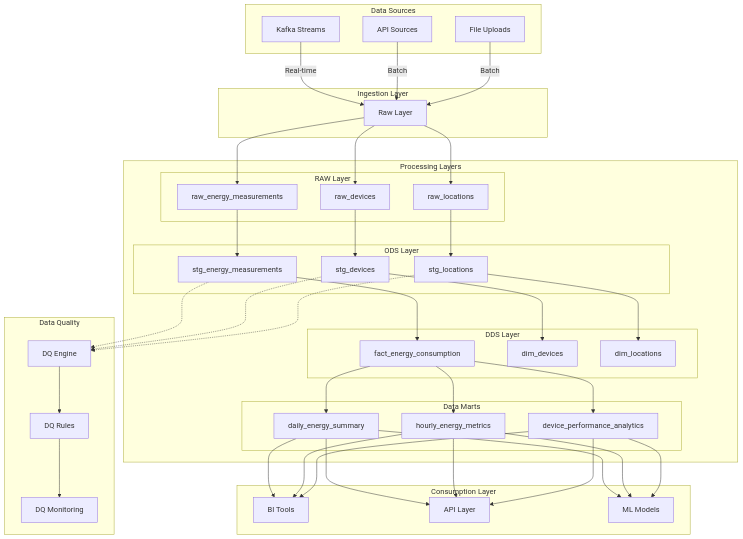
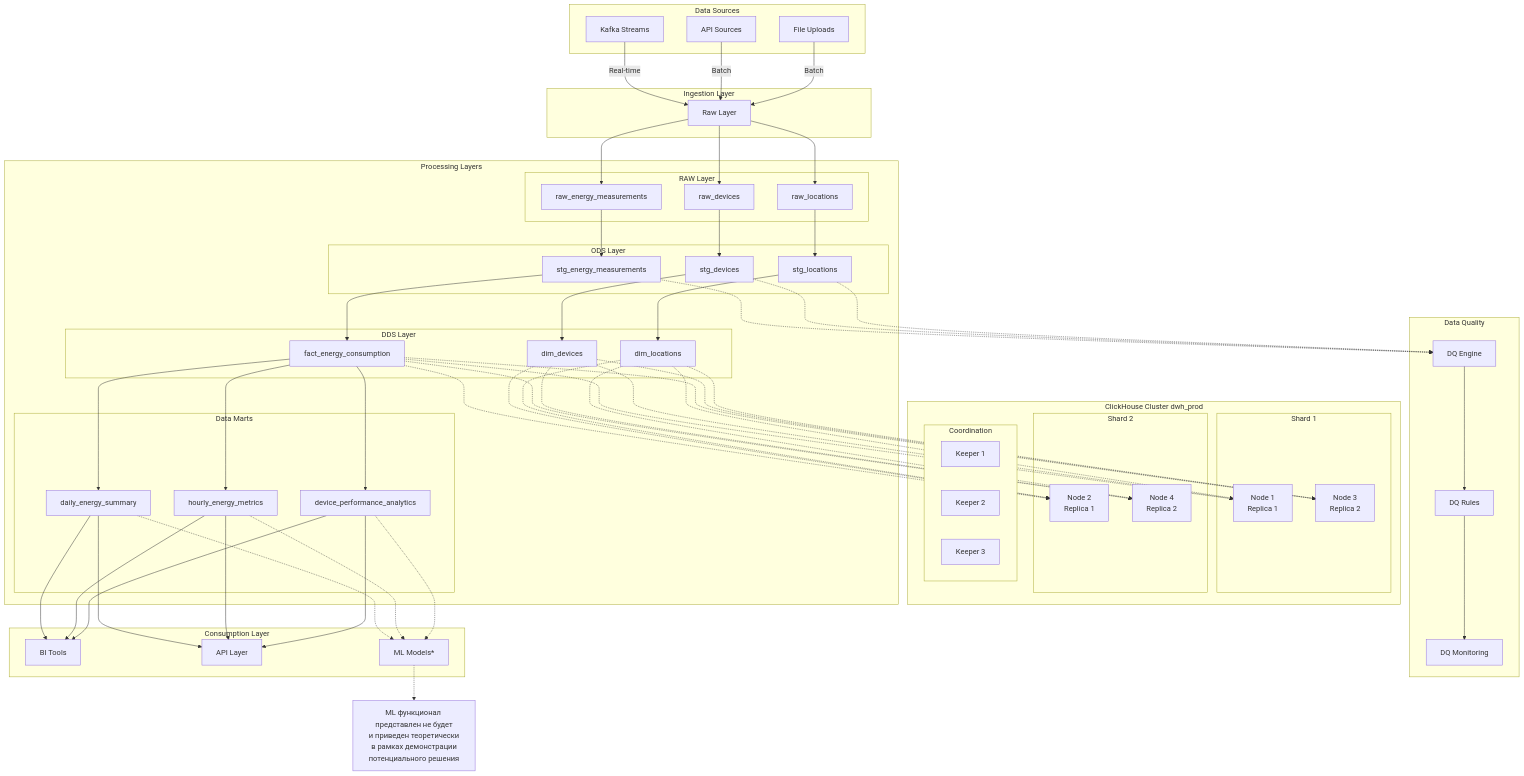
The diagram in dbt/DWH_ARCHITECTURE.md (principalwater/clickhouse-energyhub), drawn with Mermaid before and after one commit. The commit also changed other lines of this file and 17 other files, not shown here.

````diff
--- a/dbt/DWH_ARCHITECTURE.md
+++ b/dbt/DWH_ARCHITECTURE.md
@@ -46,6 +54,22 @@
         end
     end
     
+    subgraph "ClickHouse Cluster dwh_prod"
+        subgraph "Shard 1"
+            S1N1[Node 1<br/>Replica 1]
+            S1N2[Node 3<br/>Replica 2]
+        end
+        subgraph "Shard 2"
+            S2N1[Node 2<br/>Replica 1]
+            S2N2[Node 4<br/>Replica 2]
+        end
+        subgraph "Coordination"
+            K1[Keeper 1]
+            K2[Keeper 2]
+            K3[Keeper 3]
+        end
+    end
+    
     subgraph "Data Quality"
         DQ1[DQ Engine]
         DQ2[DQ Rules]
@@ -55,8 +79,11 @@
     subgraph "Consumption Layer"
         BI[BI Tools]
         API[API Layer]
-        ML[ML Models]
+        ML[ML Models*]
     end
+    
+    note1[ML функционал представлен не будет<br/>и приведен теоретически<br/>в рамках демонстрации<br/>потенциального решения]
+    ML -.-> note1
     
     O1 -.-> DQ1
     O2 -.-> DQ1
@@ -70,7 +97,20 @@
     M1 --> API
     M2 --> API
     M3 --> API
-    M1 --> ML
-    M2 --> ML
-    M3 --> ML
+    M1 -.-> ML
+    M2 -.-> ML
+    M3 -.-> ML
+    
+    D1 -.-> S1N1
+    D1 -.-> S1N2
+    D1 -.-> S2N1
+    D1 -.-> S2N2
+    D2 -.-> S1N1
+    D2 -.-> S1N2
+    D2 -.-> S2N1
+    D2 -.-> S2N2
+    D3 -.-> S1N1
+    D3 -.-> S1N2
+    D3 -.-> S2N1
+    D3 -.-> S2N2
 ```
````
